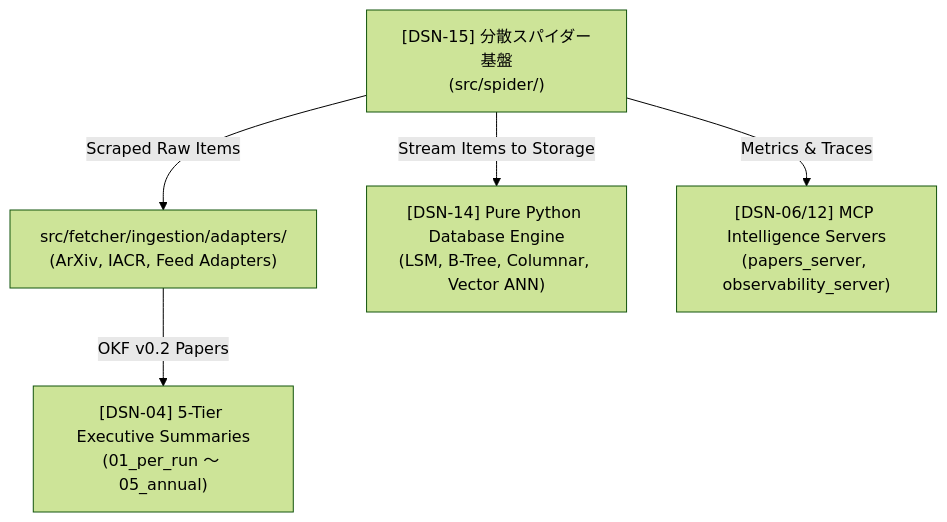
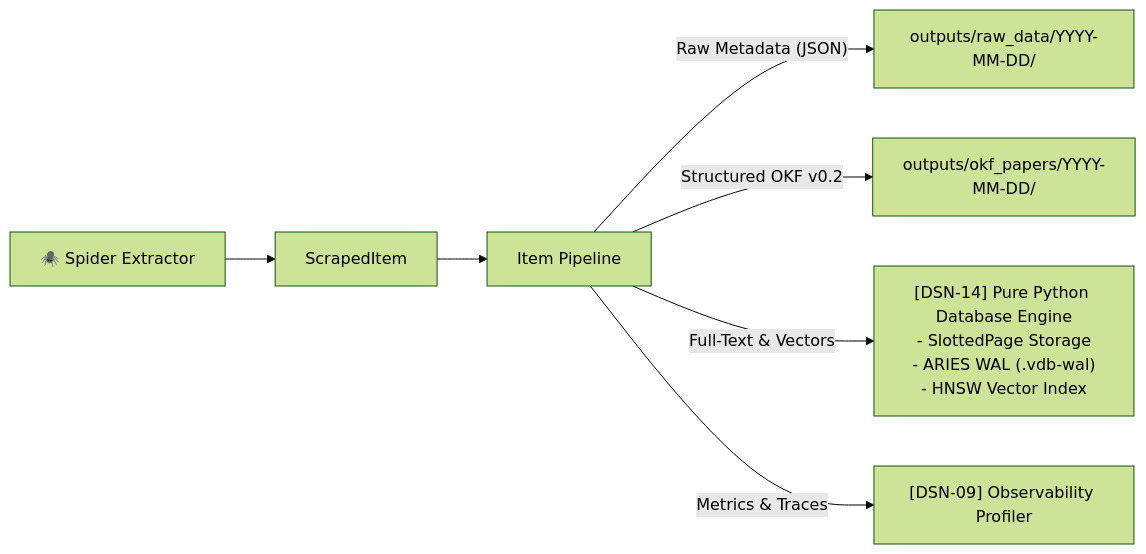
The fourth of 4 diagrams in docs/designs/DSN-15-distributed_spider_and_crawler_architecture.md (rokujyouhitoma/arxiv-security-papers), drawn with Mermaid (forest theme) before and after one commit. The commit also changed other lines of this file, not shown here.

Commit message:
docs(designs): enforce 100% Python standard library and zero external dependencies in DSN-15

````diff
--- a/docs/designs/DSN-15-distributed_spider_and_crawler_architecture.md
+++ b/docs/designs/DSN-15-distributed_spider_and_crawler_architecture.md
@@ -392,14 +419,10 @@
 ```mermaid
-flowchart TD
-    DSN15["[DSN-15] 分散スパイダー基盤<br/>(src/spider/)"]
+flowchart LR
+    SPIDER["🕷️ Spider Extractor"] --> ITEM["ScrapedItem"]
+    ITEM --> PIPE["Item Pipeline"]
     
-    INGEST["src/fetcher/ingestion/adapters/<br/>(ArXiv, IACR, Feed Adapters)"]
-    DB_ENG["[DSN-14] Pure Python Database Engine<br/>(LSM, B-Tree, Columnar, Vector ANN)"]
-    MCP_SRV["[DSN-06/12] MCP Intelligence Servers<br/>(papers_server, observability_server)"]
-    SUMMARY["[DSN-04] 5-Tier Executive Summaries<br/>(01_per_run 〜 05_annual)"]
-
-    DSN15 -->|"Scraped Raw Items"| INGEST
-    DSN15 -->|"Stream Items to Storage"| DB_ENG
-    DSN15 -->|"Metrics & Traces"| MCP_SRV
-    INGEST -->|"OKF v0.2 Papers"| SUMMARY
+    PIPE -->|"Raw Metadata (JSON)"| RAW_STORE["outputs/raw_data/YYYY-MM-DD/"]
+    PIPE -->|"Structured OKF v0.2"| OKF_STORE["outputs/okf_papers/YYYY-MM-DD/"]
+    PIPE -->|"Full-Text & Vectors"| DSN14_DB["[DSN-14] Pure Python Database Engine<br/>- SlottedPage Storage<br/>- ARIES WAL (.vdb-wal)<br/>- HNSW Vector Index"]
+    PIPE -->|"Metrics & Traces"| OBS["[DSN-09] Observability Profiler"]
 ```
````
